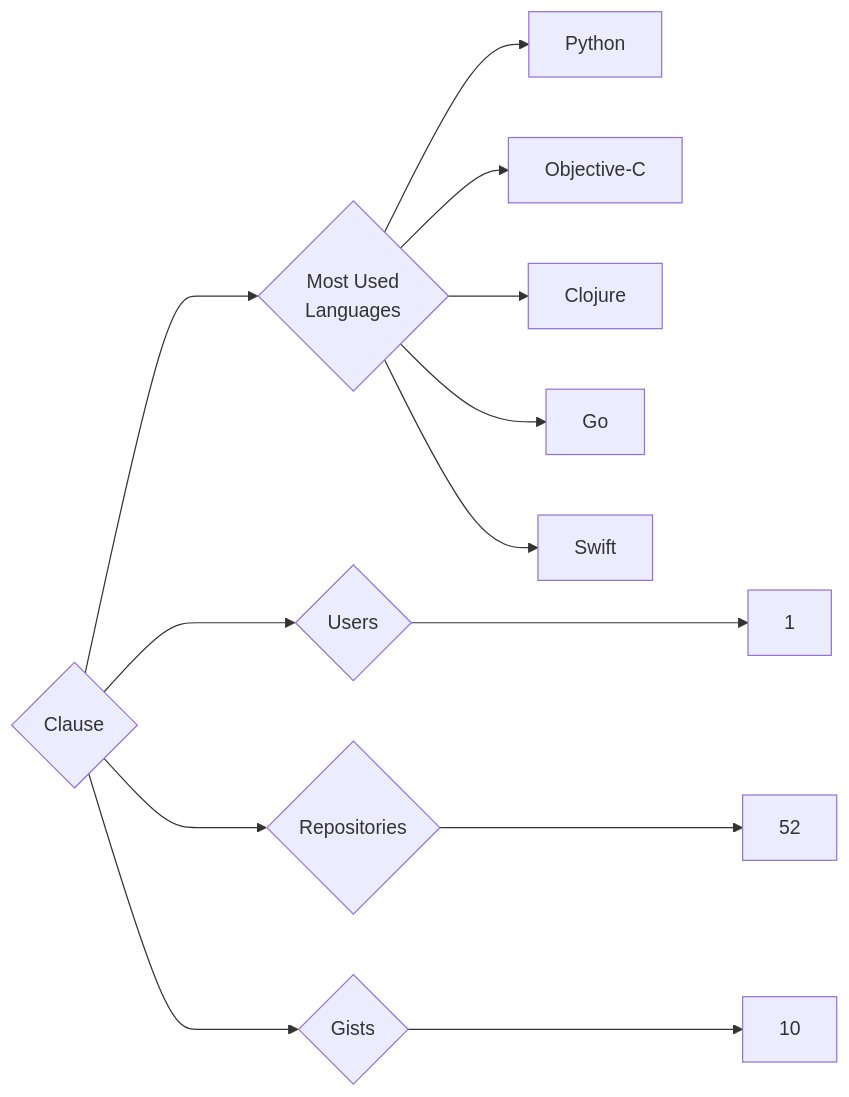
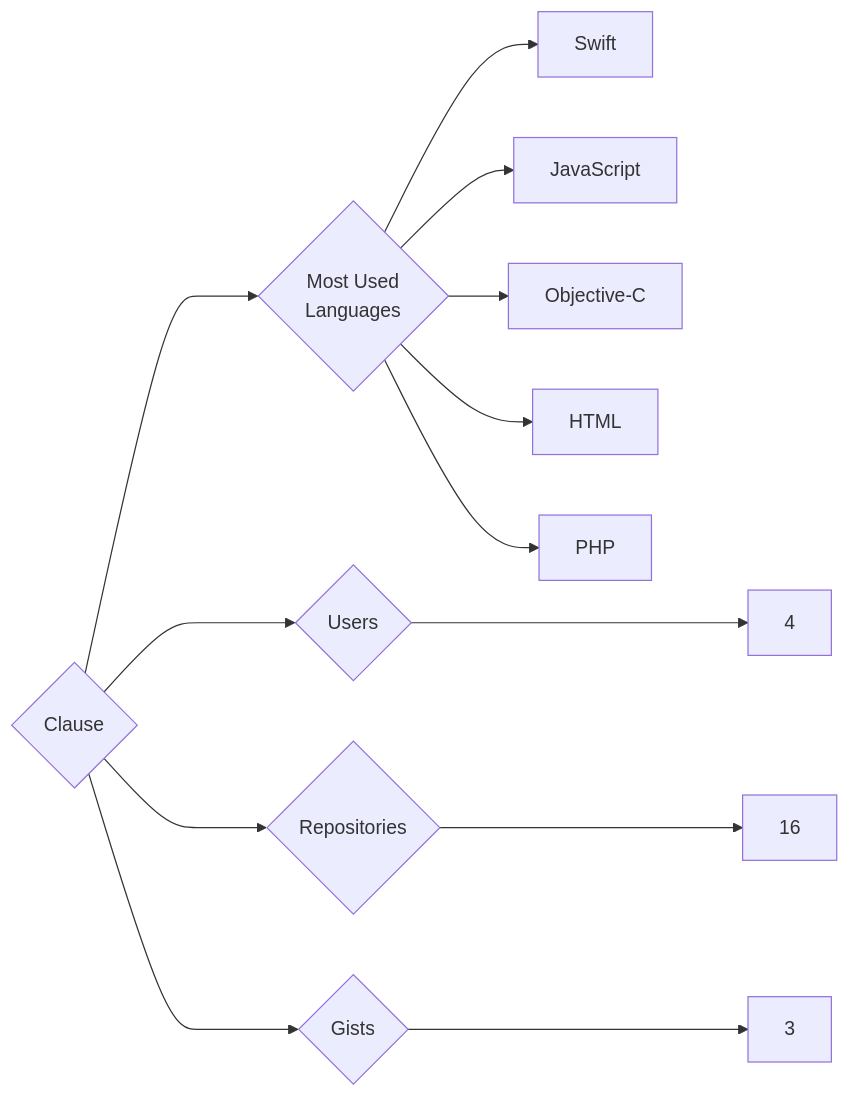
The diagram in targets/Clause/README.md (trickest/insiders), drawn with Mermaid before and after one commit. The commit also changed 1003 other files, not shown here.

````diff
--- a/targets/Clause/README.md
+++ b/targets/Clause/README.md
@@ -3,13 +3,13 @@
 ```mermaid
 graph LR
 COMPANY_NAME{Clause}
-COMPANY_NAME ---> U{Users} ---> UN[1]
-COMPANY_NAME ---> R{Repositories} ---> RN[52]
-COMPANY_NAME ---> G{Gists} ---> GN[10]
+COMPANY_NAME ---> U{Users} ---> UN[4]
+COMPANY_NAME ---> R{Repositories} ---> RN[16]
+COMPANY_NAME ---> G{Gists} ---> GN[3]
 COMPANY_NAME ---> ML{Most Used<br>Languages}
-ML --> Python[Python]
+ML --> Swift[Swift]
+ML --> JavaScript[JavaScript]
 ML --> Objective-C[Objective-C]
-ML --> Clojure[Clojure]
-ML --> Go[Go]
-ML --> Swift[Swift]
+ML --> HTML[HTML]
+ML --> PHP[PHP]
 ```
````
